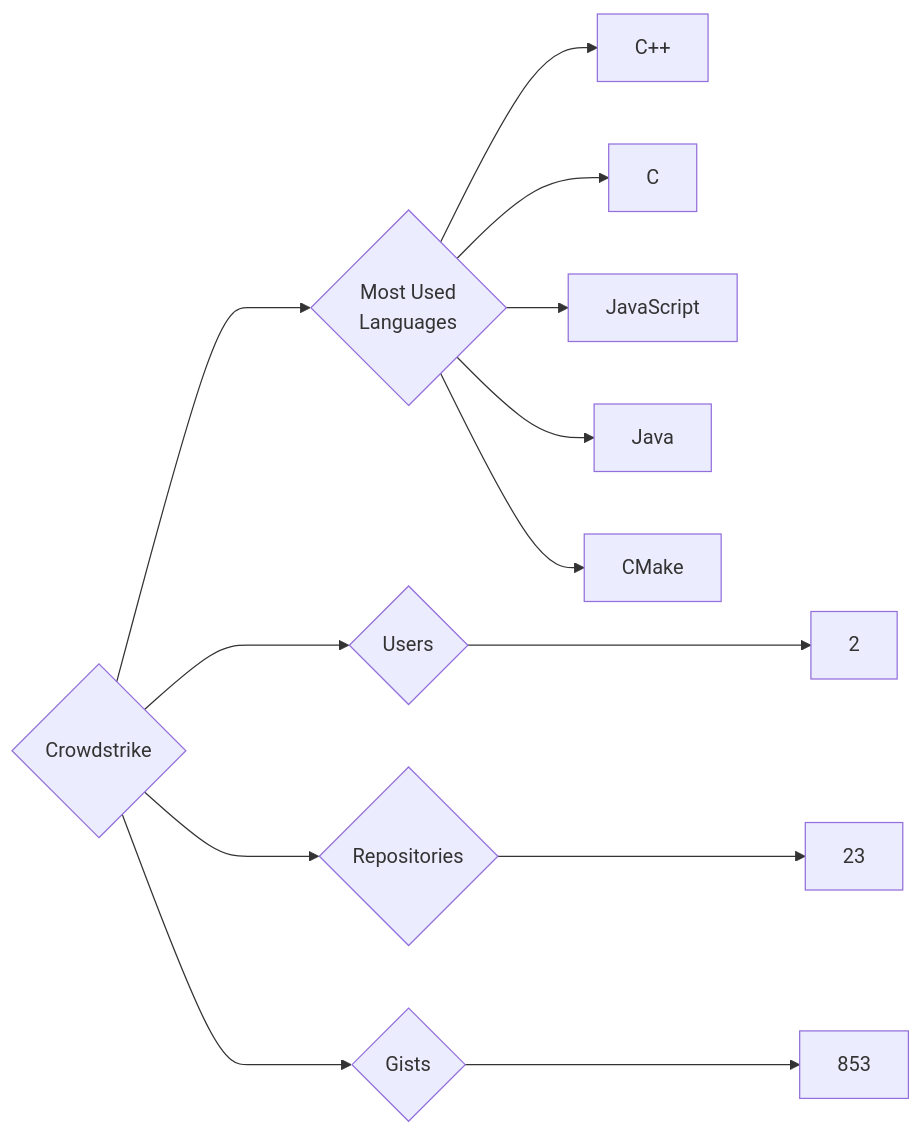
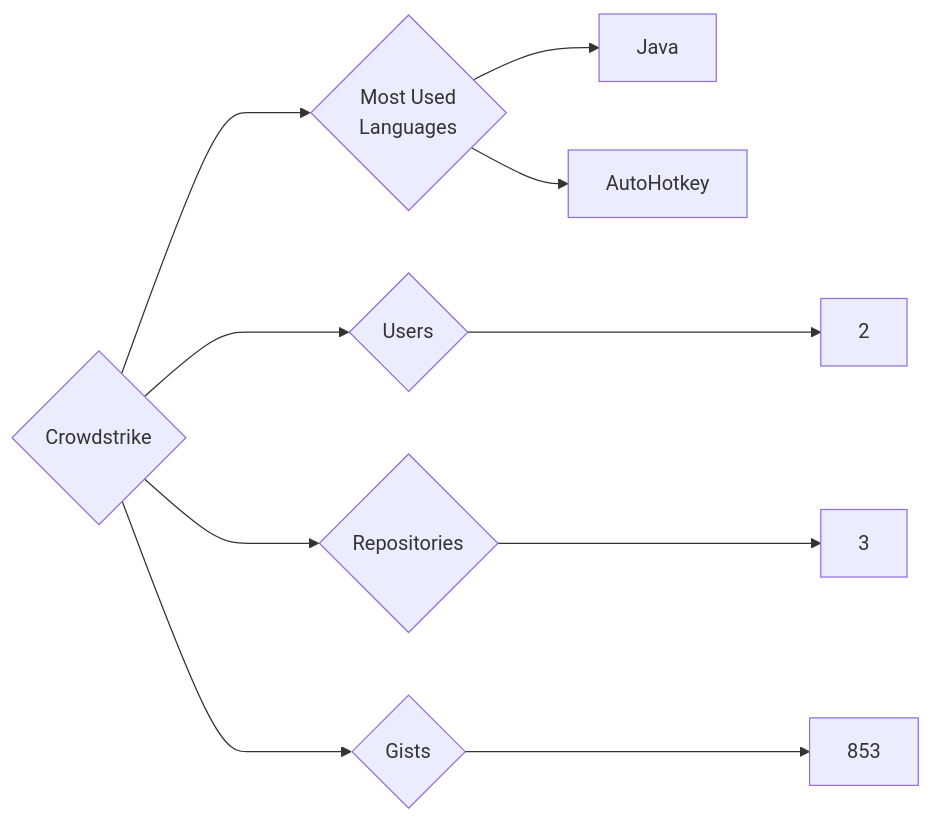
Before and after one commit to trickest/insiders: the diagram in targets/Crowdstrike/README.md, drawn with Mermaid. The commit also changed 997 other files, not shown here.

````diff
--- a/targets/Crowdstrike/README.md
+++ b/targets/Crowdstrike/README.md
@@ -3,13 +3,10 @@
 ```mermaid
 graph LR
 COMPANY_NAME{Crowdstrike}
 COMPANY_NAME ---> U{Users} ---> UN[2]
-COMPANY_NAME ---> R{Repositories} ---> RN[23]
+COMPANY_NAME ---> R{Repositories} ---> RN[3]
 COMPANY_NAME ---> G{Gists} ---> GN[853]
 COMPANY_NAME ---> ML{Most Used<br>Languages}
-ML --> C++[C++]
-ML --> C[C]
-ML --> JavaScript[JavaScript]
 ML --> Java[Java]
-ML --> CMake[CMake]
+ML --> AutoHotkey[AutoHotkey]
 ```
````
